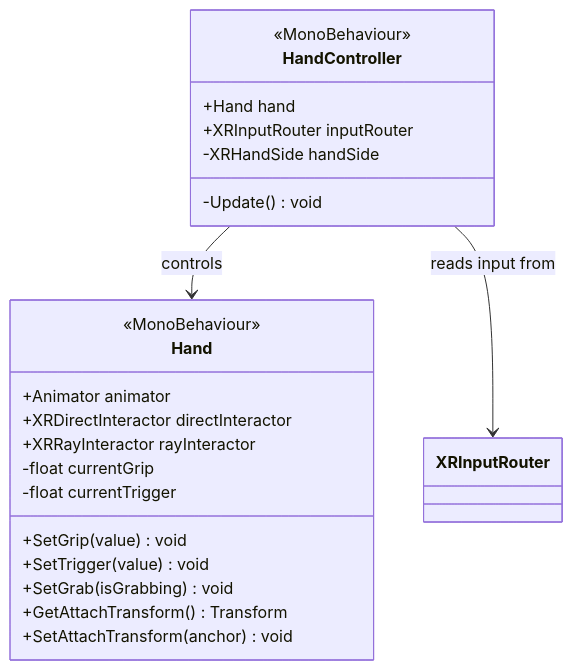
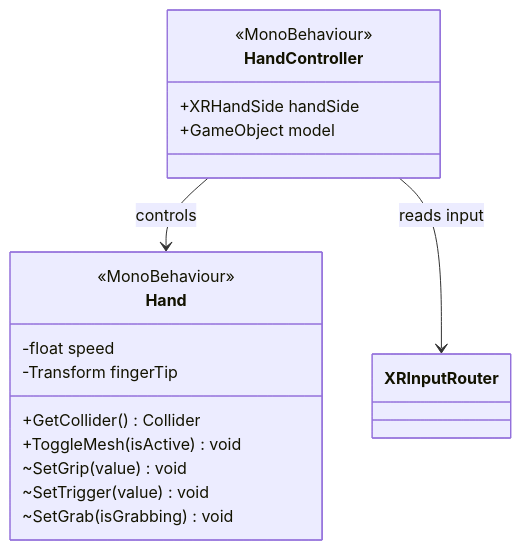
The diagram in Documentation/Hands.md (Louis27140/XR-Interactions), drawn with Mermaid before and after one commit. The commit also changed other lines of this file and 31 other files, not shown here.

````diff
--- a/Documentation/Hands.md
+++ b/Documentation/Hands.md
@@ -7,27 +9,22 @@
 ```mermaid
 classDiagram
     class Hand {
         <<MonoBehaviour>>
-        +Animator animator
-        +XRDirectInteractor directInteractor
-        +XRRayInteractor rayInteractor
-        -float currentGrip
-        -float currentTrigger
-        +SetGrip(value) void
-        +SetTrigger(value) void
-        +SetGrab(isGrabbing) void
-        +GetAttachTransform() Transform
-        +SetAttachTransform(anchor) void
+        -float speed
+        -Transform fingerTip
+        +GetCollider() Collider
+        +ToggleMesh(isActive) void
+        ~SetGrip(value) void
+        ~SetTrigger(value) void
+        ~SetGrab(isGrabbing) void
     }
-    
+
     class HandController {
         <<MonoBehaviour>>
-        +Hand hand
-        +XRInputRouter inputRouter
-        -XRHandSide handSide
-        -Update() void
+        +XRHandSide handSide
+        +GameObject model
     }
-    
+
     HandController --> Hand : controls
-    HandController --> XRInputRouter : reads input from
+    HandController --> XRInputRouter : reads input
 ```
````
